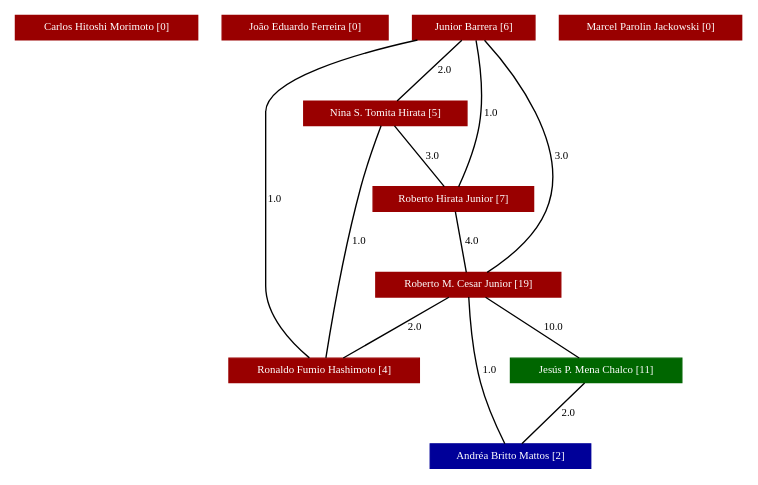
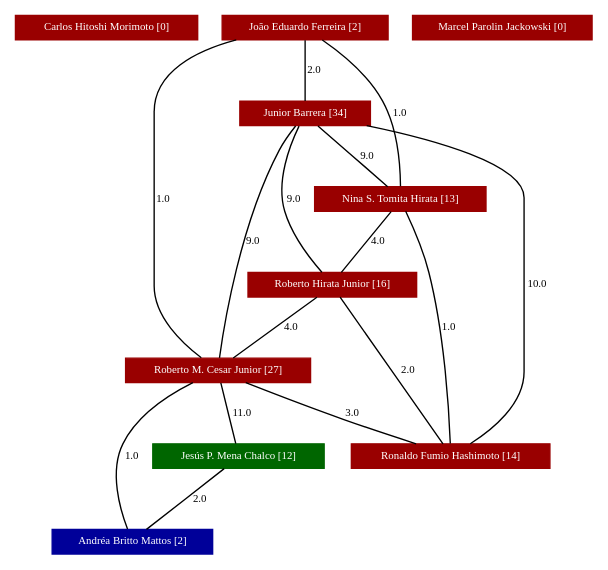
Before and after one commit to charles-souza/tcc-script-lattes: the diagram in exemplo/teste-02/grafoDeColaboracoesComPesos.dot, drawn with Graphviz. The commit also changed 217 other files, not shown here.

```diff
--- a/exemplo/teste-02/grafoDeColaboracoesComPesos.dot
+++ b/exemplo/teste-02/grafoDeColaboracoesComPesos.dot
@@ -1,25 +1,29 @@
 strict graph grafo2 {
-	graph [bb="0,0,534,338", id=grafo2, overlap=False];
+	graph [bb="0,0,424,402", id=grafo2, overlap=False];
 	node [label="\N", fontsize=8, shape=rectangle, style=filled];
-	0 [label="Carlos Hitoshi Morimoto [0]", URL="http://lattes.cnpq.br/4575931307749163", color="#990000", fontcolor="#FFFFFF", height="0.25", pos="67,329", width="1.8611"];
-	1 [label="João Eduardo Ferreira [0]", URL="http://lattes.cnpq.br/0131770792108992", color="#990000", fontcolor="#FFFFFF", height="0.25", pos="213,329", width="1.6944"];
-	2 [label="Junior Barrera [6]", URL="http://lattes.cnpq.br/0362417828475021", color="#990000", fontcolor="#FFFFFF", height="0.25", pos="337,329", width="1.25"];
-	5 [label="Roberto Hirata Junior [7]", URL="http://lattes.cnpq.br/1647118503085126", color="#990000", fontcolor="#FFFFFF", height="0.25", pos="219,201", width="1.6389"];
-	7 [label="Ronaldo Fumio Hashimoto [4]", URL="http://lattes.cnpq.br/9283304583756076", color="#990000", fontcolor="#FFFFFF", height="0.25", pos="434,73", width="1.9444"];
-	6 [label="Roberto M. Cesar Junior [19]", URL="http://lattes.cnpq.br/2240951178648368", color="#990000", fontcolor="#FFFFFF", height="0.25", pos="283,137", width="1.8889"];
-	4 [label="Nina S. Tomita Hirata [5]", URL="http://lattes.cnpq.br/0644408634493034", color="#990000", fontcolor="#FFFFFF", height="0.25", pos="394,265", width="1.6667"];
-	9 [label="Andréa Britto Mattos [2]", URL="http://lattes.cnpq.br/2837012019824386", color="#000099", fontcolor="#FFFFFF", height="0.25", pos="220,9", width="1.6389"];
-	8 [label="Jesús P. Mena Chalco [11]", URL="http://lattes.cnpq.br/4727357182510680", color="#006600", fontcolor="#FFFFFF", height="0.25", pos="283,73", width="1.75"];
-	3 [label="Marcel Parolin Jackowski [0]", URL="http://lattes.cnpq.br/0926213060635986", color="#990000", fontcolor="#FFFFFF", height="0.25", pos="467,329", width="1.8611"];
-	2 -- 5 [fontsize=8, label="1.0", lp="272,265", pos="317.89,319.78 309.41,315.15 299.65,309.02 292,302 260.6,273.18 234.3,228.9 223.84,210.03"];
-	2 -- 7 [fontsize=8, label="1.0", lp="489,201", pos="375.86,319.91 418.81,308.7 482,288.25 482,265 482,265 482,265 482,137 482,113.67 461.33,93.396 447.12,82.217"];
-	2 -- 6 [fontsize=8, label="3.0", lp="313,233", pos="333.51,319.8 327.4,303.49 314.6,268.35 306,238 296.54,204.61 288.27,164.16 284.77,146.27"];
-	2 -- 4 [fontsize=8, label="2.0", lp="375,297", pos="345.17,319.83 356,307.66 375.02,286.31 385.85,274.15"];
-	6 -- 9 [fontsize=8, label="1.0", lp="204,73", pos="255.89,127.83 235.65,119.39 209.43,104.7 197,82 185.39,60.787 201.91,32.84 212.43,18.455"];
-	6 -- 8 [fontsize=8, label="10.0", lp="292.5,105", pos="283,127.83 283,115.66 283,94.31 283,82.153"];
-	6 -- 7 [fontsize=8, label="2.0", lp="374,105", pos="304.31,127.97 332.93,115.84 383.5,94.406 412.31,82.195"];
-	4 -- 5 [fontsize=8, label="3.0", lp="352,233", pos="379.19,255.85 365.34,247.63 343.87,235.68 324,228 304.69,220.53 282.59,214.5 263.66,210.04"];
-	4 -- 7 [fontsize=8, label="1.0", lp="421,169", pos="395.88,256 402.58,223.82 425.31,114.71 432.08,82.207"];
-	5 -- 6 [fontsize=8, label="4.0", lp="261,169", pos="228.17,191.83 240.34,179.66 261.69,158.31 273.85,146.15"];
-	8 -- 9 [fontsize=8, label="2.0", lp="262,41", pos="273.97,63.83 262,51.664 240.98,30.31 229.01,18.153"];
+	0 [label="Carlos Hitoshi Morimoto [0]", URL="http://lattes.cnpq.br/4575931307749163", color="#990000", fontcolor="#FFFFFF", height="0.25", pos="67,393", width="1.8611"];
+	1 [label="João Eduardo Ferreira [2]", URL="http://lattes.cnpq.br/0131770792108992", color="#990000", fontcolor="#FFFFFF", height="0.25", pos="213,393", width="1.6944"];
+	6 [label="Roberto M. Cesar Junior [27]", URL="http://lattes.cnpq.br/2240951178648368", color="#990000", fontcolor="#FFFFFF", height="0.25", pos="146,137", width="1.8889"];
+	2 [label="Junior Barrera [34]", URL="http://lattes.cnpq.br/0362417828475021", color="#990000", fontcolor="#FFFFFF", height="0.25", pos="213,329", width="1.3333"];
+	4 [label="Nina S. Tomita Hirata [13]", URL="http://lattes.cnpq.br/0644408634493034", color="#990000", fontcolor="#FFFFFF", height="0.25", pos="284,265", width="1.75"];
+	7 [label="Ronaldo Fumio Hashimoto [14]", URL="http://lattes.cnpq.br/9283304583756076", color="#990000", fontcolor="#FFFFFF", height="0.25", pos="310,73", width="2.0278"];
+	8 [label="Jesús P. Mena Chalco [12]", URL="http://lattes.cnpq.br/4727357182510680", color="#006600", fontcolor="#FFFFFF", height="0.25", pos="154,73", width="1.75"];
+	9 [label="Andréa Britto Mattos [2]", URL="http://lattes.cnpq.br/2837012019824386", color="#000099", fontcolor="#FFFFFF", height="0.25", pos="91,9", width="1.6389"];
+	5 [label="Roberto Hirata Junior [16]", URL="http://lattes.cnpq.br/1647118503085126", color="#990000", fontcolor="#FFFFFF", height="0.25", pos="233,201", width="1.7222"];
+	3 [label="Marcel Parolin Jackowski [0]", URL="http://lattes.cnpq.br/0926213060635986", color="#990000", fontcolor="#FFFFFF", height="0.25", pos="358,393", width="1.8333"];
+	1 -- 6 [fontsize=8, label="1.0", lp="108,265", pos="161.92,383.98 132.38,375.5 101,359.35 101,329 101,329 101,329 101,201 101,178.18 120.38,157.75 133.7,146.4"];
+	1 -- 2 [fontsize=8, label="2.0", lp="220,361", pos="213,383.83 213,371.66 213,350.31 213,338.15"];
+	1 -- 4 [fontsize=8, label="1.0", lp="284,329", pos="226.61,383.76 239.88,373.99 259.52,357.35 270,338 281.31,317.12 283.59,288.54 283.98,274.12"];
+	6 -- 7 [fontsize=8, label="3.0", lp="236,105", pos="164.9,127.94 181.58,120.1 206.65,108.68 229,100 245.86,93.451 265.04,87.012 280.51,82.066"];
+	6 -- 8 [fontsize=8, label="11.0", lp="159.5,105", pos="147.15,127.83 148.67,115.66 151.34,94.31 152.86,82.153"];
+	6 -- 9 [fontsize=8, label="1.0", lp="75,73", pos="122.84,127.87 104.25,119.16 79.44,104.07 68,82 56.869,60.53 73.19,32.691 83.555,18.391"];
+	2 -- 6 [fontsize=8, label="9.0", lp="175,233", pos="205.64,319.91 201.8,314.86 197.24,308.32 194,302 165.54,246.52 151.56,171.65 147.38,146.03"];
+	2 -- 7 [fontsize=8, label="10.0", lp="384.5,201", pos="259.86,319.95 307.7,309.32 375,289.95 375,265 375,265 375,265 375,137 375,111.34 348.97,92.53 329.86,82.173"];
+	2 -- 5 [fontsize=8, label="9.0", lp="205,265", pos="208.31,319.89 201.78,305.97 191.42,278.61 198,256 203.19,238.18 216.09,220.62 224.7,210.3"];
+	2 -- 4 [fontsize=8, label="9.0", lp="259,297", pos="223.17,319.83 236.67,307.66 260.36,286.31 273.85,274.15"];
+	4 -- 7 [fontsize=8, label="1.0", lp="316,169", pos="288.29,255.91 293.1,245.2 300.67,226.74 304,210 313.42,162.6 311.68,104.23 310.55,82.09"];
+	4 -- 5 [fontsize=8, label="4.0", lp="268,233", pos="276.69,255.83 267,243.66 249.98,222.31 240.29,210.15"];
+	5 -- 6 [fontsize=8, label="4.0", lp="201,169", pos="220.54,191.83 204,179.66 174.97,158.31 158.44,146.15"];
+	5 -- 7 [fontsize=8, label="2.0", lp="283,137", pos="238.54,191.79 252.74,168.18 290.36,105.65 304.51,82.122"];
+	8 -- 9 [fontsize=8, label="2.0", lp="133,41", pos="144.97,63.83 133,51.664 111.98,30.31 100.01,18.153"];
 }
```
